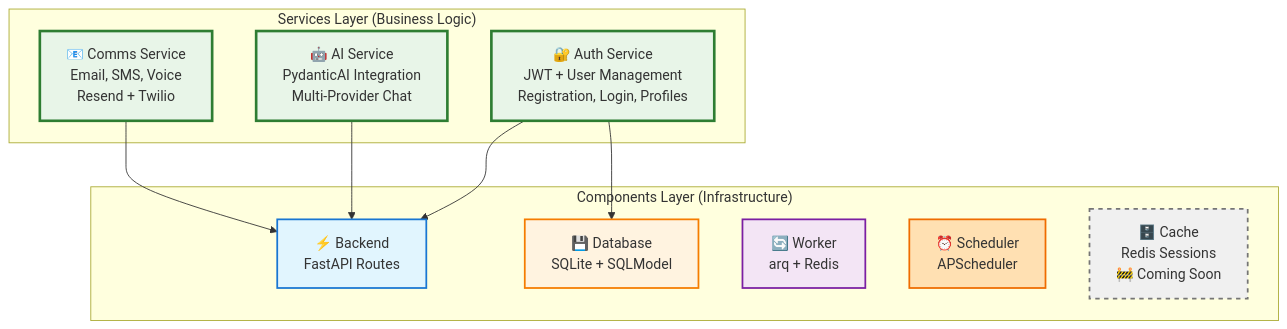
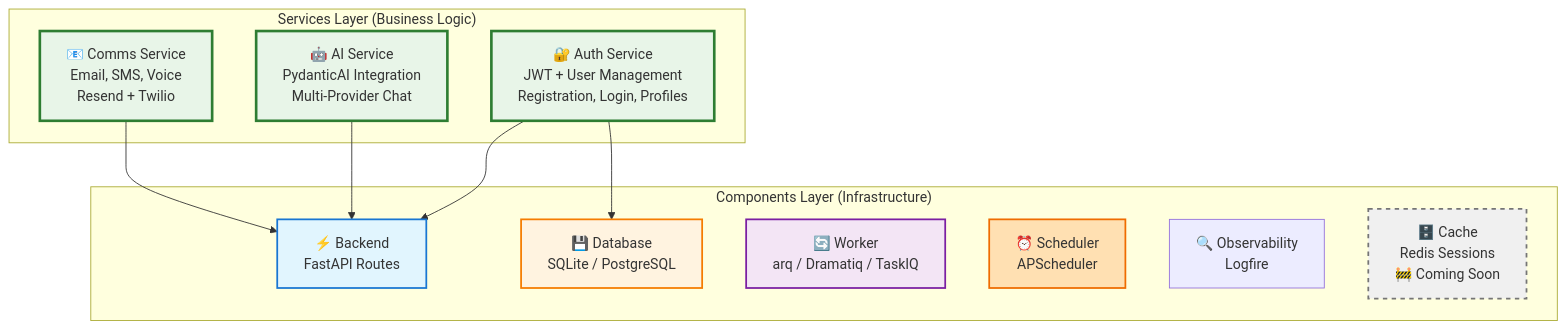
One commit to bhardwajRahul/aegis-stack changed the first of 4 diagrams in docs/services/index.md. Above: the diagram before and after it, drawn with Mermaid. The commit also changed other lines of this file and 43 other files, not shown here.

````diff
--- a/docs/services/index.md
+++ b/docs/services/index.md
@@ -11,30 +11,31 @@
 ```mermaid
 graph TB
     subgraph "Services Layer (Business Logic)"
         Auth[🔐 Auth Service<br/>JWT + User Management<br/>Registration, Login, Profiles]
         AI[🤖 AI Service<br/>PydanticAI Integration<br/>Multi-Provider Chat]
         Comms[📧 Comms Service<br/>Email, SMS, Voice<br/>Resend + Twilio]
     end
 
     subgraph "Components Layer (Infrastructure)"
         Backend[⚡ Backend<br/>FastAPI Routes]
-        Database[💾 Database<br/>SQLite + SQLModel]
-        Worker[🔄 Worker<br/>arq + Redis]
+        Database[💾 Database<br/>SQLite / PostgreSQL]
+        Worker[🔄 Worker<br/>arq / Dramatiq / TaskIQ]
         Scheduler[⏰ Scheduler<br/>APScheduler]
+        Observability[🔍 Observability<br/>Logfire]
         Cache[🗄️ Cache<br/>Redis Sessions<br/>🚧 Coming Soon]
     end
 
     Auth --> Backend
     Auth --> Database
     AI --> Backend
     Comms --> Backend
 
     style Auth fill:#e8f5e8,stroke:#2e7d32,stroke-width:3px
     style AI fill:#e8f5e8,stroke:#2e7d32,stroke-width:3px
     style Comms fill:#e8f5e8,stroke:#2e7d32,stroke-width:3px
     style Backend fill:#e1f5fe,stroke:#1976d2,stroke-width:2px
     style Database fill:#fff3e0,stroke:#f57c00,stroke-width:2px
     style Worker fill:#f3e5f5,stroke:#7b1fa2,stroke-width:2px
     style Scheduler fill:#ffe0b2,stroke:#ef6c00,stroke-width:2px
     style Cache fill:#f0f0f0,stroke:#757575,stroke-width:2px,stroke-dasharray: 5 5
 ```
````
